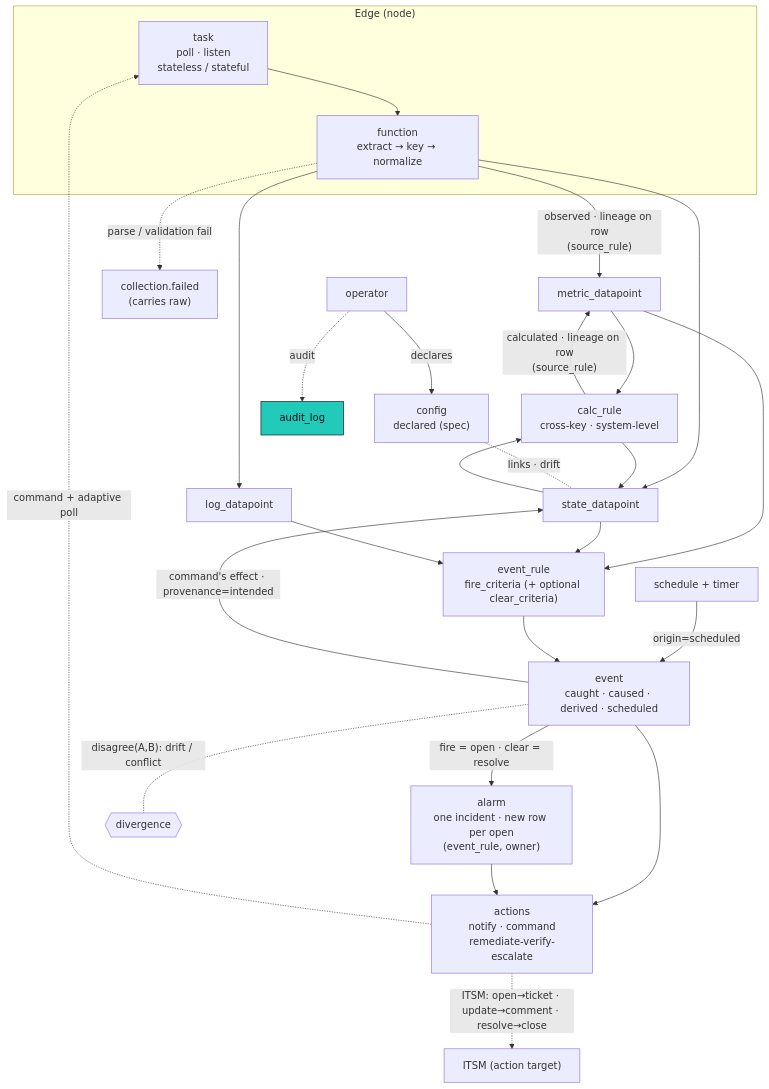
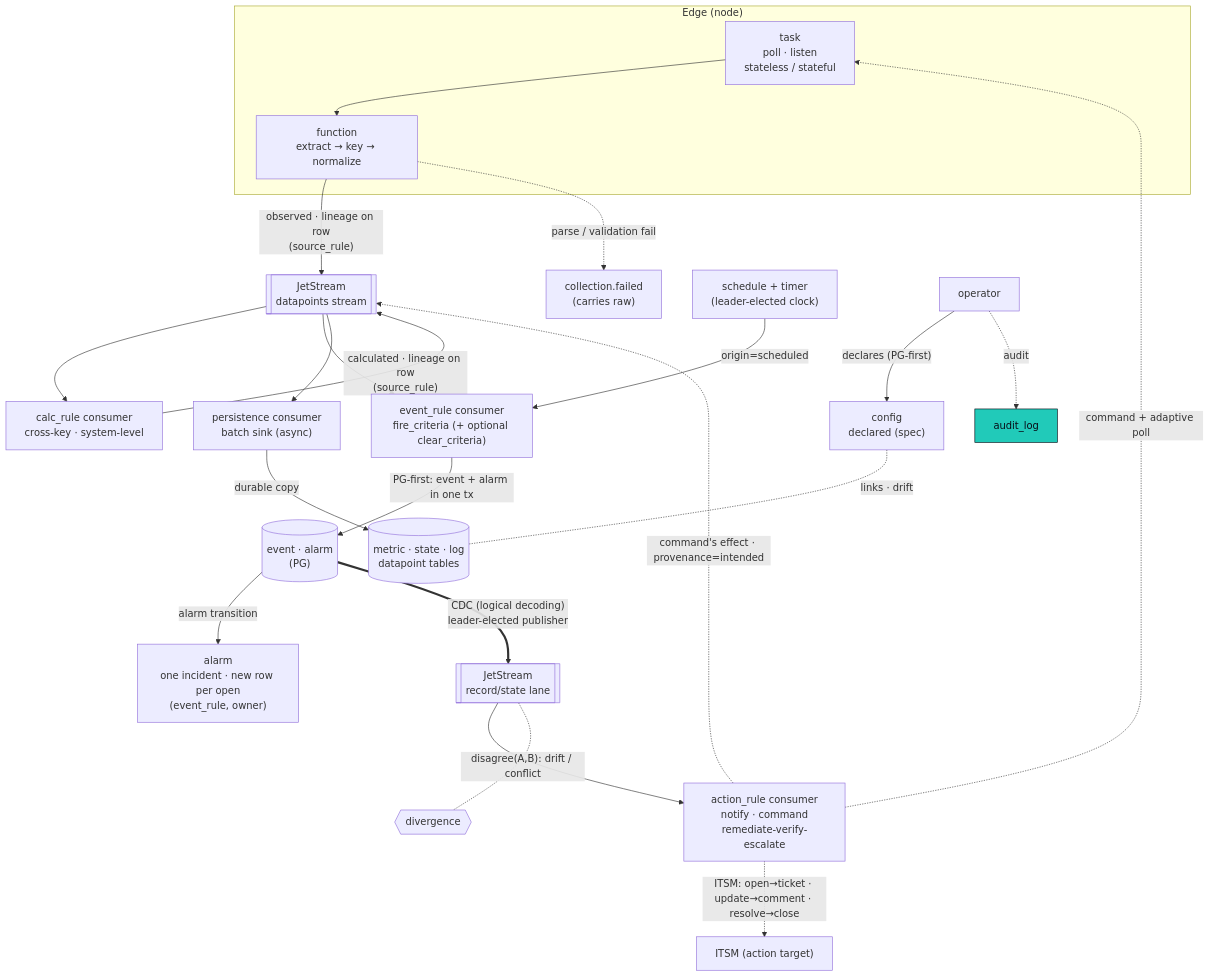
Before and after one commit to hyperscaleav/omniglass: the diagram in docs/src/content/docs/architecture/datapoints.md, drawn with Mermaid. The commit also changed other lines of this file and 15 other files, not shown here.

First line of the commit message:
docs: model the internal comms plane on NATS JetStream

````diff
--- a/docs/src/content/docs/architecture/datapoints.md
+++ b/docs/src/content/docs/architecture/datapoints.md
@@ -251,41 +254,38 @@
 ```mermaid
 flowchart TD
   subgraph edge["Edge (node)"]
     TASK["task<br/>poll · listen<br/>stateless / stateful"]
     FN["function<br/>extract → key → normalize"]
     TASK --> FN
   end
 
-  FN -->|"observed · lineage on row<br/>(source_rule)"| M["metric_datapoint"]
+  FN -->|"observed · lineage on row<br/>(source_rule)"| DS[["JetStream<br/>datapoints stream"]]
   FN -.->|"parse / validation fail"| CF["collection.failed<br/>(carries raw)"]
-  FN --> S["state_datapoint"]
-  FN --> L["log_datapoint"]
 
-  M --> CALC["calc_rule<br/>cross-key · system-level"]
-  S --> CALC
-  CALC -->|"calculated · lineage on row<br/>(source_rule)"| M
-  CALC --> S
+  DS --> CALC["calc_rule consumer<br/>cross-key · system-level"]
+  CALC -->|"calculated · lineage on row<br/>(source_rule)"| DS
 
-  M --> ER["event_rule<br/>fire_criteria (+ optional clear_criteria)"]
-  S --> ER
-  L --> ER
-  SCH["schedule + timer"] -->|"origin=scheduled"| EV
-  ER --> EV["event<br/>caught · caused · derived · scheduled"]
+  DS --> ER["event_rule consumer<br/>fire_criteria (+ optional clear_criteria)"]
+  DS --> PERSIST["persistence consumer<br/>batch sink (async)"]
+  PERSIST -->|"durable copy"| M[("metric · state · log<br/>datapoint tables")]
 
-  EV -->|"fire = open · clear = resolve"| AL["alarm<br/>one incident · new row per open<br/>(event_rule, owner)"]
-  EV -->|"command's effect · provenance=intended"| S
+  SCH["schedule + timer<br/>(leader-elected clock)"] -->|"origin=scheduled"| ER
+  ER -->|"PG-first: event + alarm in one tx"| PG[("event · alarm<br/>(PG)")]
 
-  HUMAN["operator"] -->|"declares"| VAR["config<br/>declared (spec)"]
-  VAR -. "links · drift" .- S
+  PG -->|"alarm transition"| AL["alarm<br/>one incident · new row per open<br/>(event_rule, owner)"]
+  PG ==>|"CDC (logical decoding)<br/>leader-elected publisher"| CDC[["JetStream<br/>record/state lane"]]
+
+  CDC --> ACT["action_rule consumer<br/>notify · command<br/>remediate-verify-escalate"]
+  ACT -.->|"command's effect · provenance=intended"| DS
+  ACT -.->|"ITSM: open→ticket · update→comment · resolve→close"| ITSM["ITSM (action target)"]
+  ACT -.->|"command + adaptive poll"| TASK
+
+  HUMAN["operator"] -->|"declares (PG-first)"| VAR["config<br/>declared (spec)"]
+  VAR -. "links · drift" .- M
   HUMAN -.->|"audit"| AU["audit_log"]
 
-  EV -. "disagree(A,B): drift / conflict" .- DIV{{"divergence"}}
-
-  EV --> ACT["actions<br/>notify · command<br/>remediate-verify-escalate"]
-  AL --> ACT
-  ACT -.->|"ITSM: open→ticket · update→comment · resolve→close"| ITSM["ITSM (action target)"]
-  ACT -.->|"command + adaptive poll"| TASK
+  CDC -. "disagree(A,B): drift / conflict" .- DIV{{"divergence"}}
 
   classDef gt fill:#21CAB9,stroke:#080c16,color:#080c16;
   class AU gt;
 ```
````
